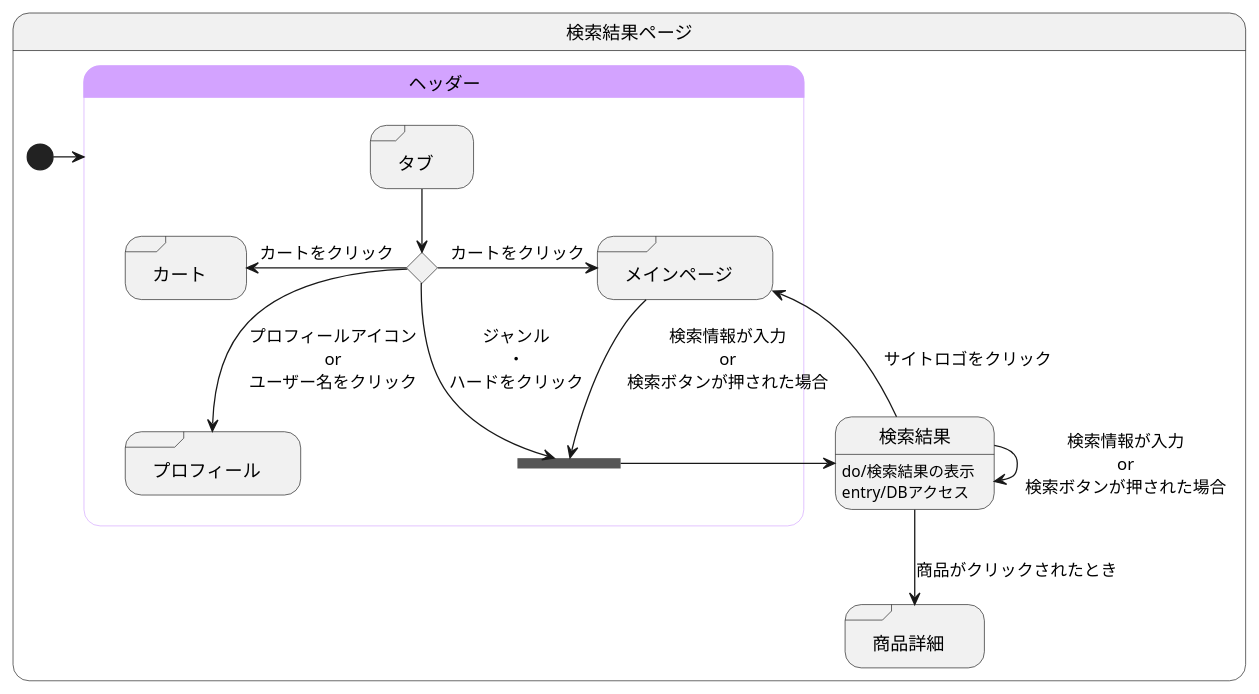
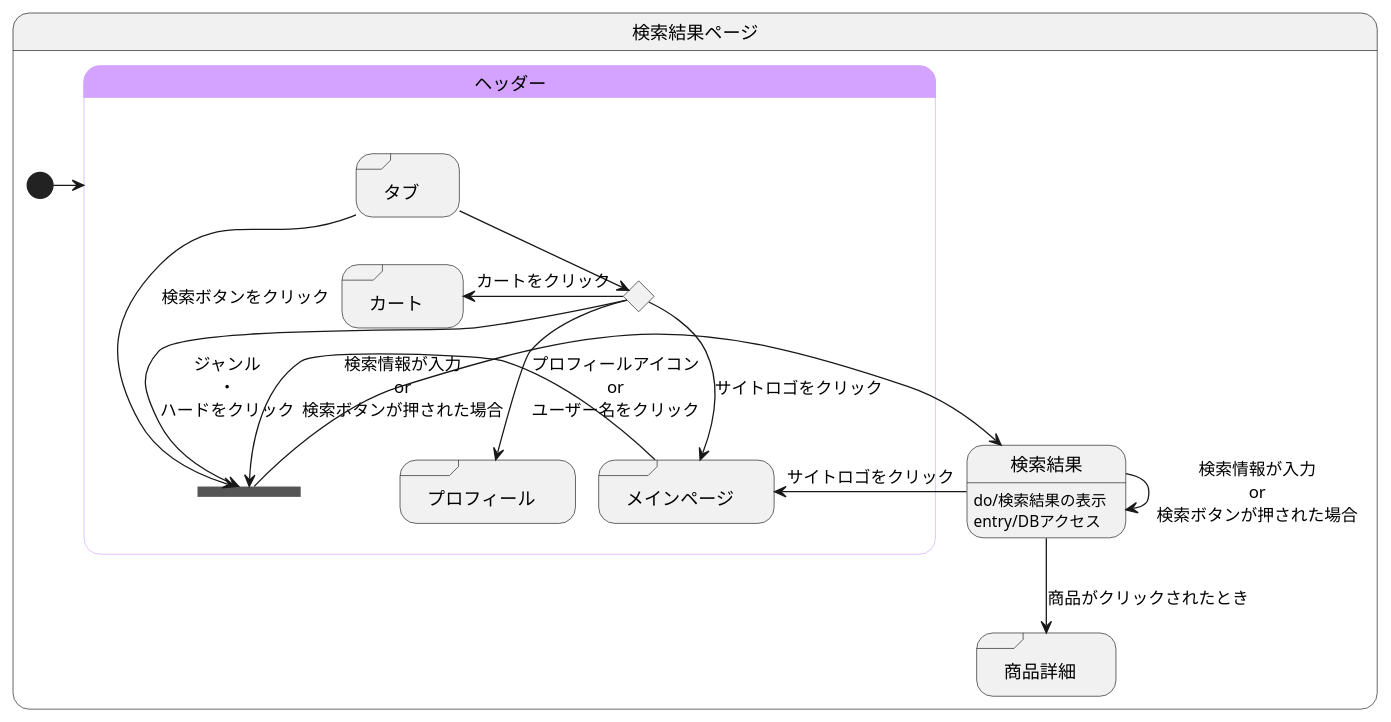
The diagram in 検索結果.md (akutori/T-D-E), drawn with PlantUML before and after one commit.

Commit message:
位置の修正

````diff
--- a/検索結果.md
+++ b/検索結果.md
@@ -1,43 +1,45 @@
 ```uml
 @startuml
 state 検索結果ページ{
 
 
     state 検索結果:do/検索結果の表示
     state 検索結果:entry/DBアクセス
     state "商品詳細" as goodsdetail <<sdlreceive>>
     
 
 
     [*] -> ヘッダー
     
     検索結果 --> goodsdetail :商品がクリックされたとき
     検索結果 --> 検索結果 :検索情報が入力\nor\n検索ボタンが押された場合
     
 
     state ヘッダー<<headder>>{
         state join_header <<join>>
         state ifinput <<choice>>
         state "タブ" as tab <<sdlreceive>>
         state "カート" as cart <<sdlreceive>>
         state "プロフィール" as profile <<sdlreceive>>
         state "メインページ" as mainpage <<sdlreceive>>
 
+        tab -> join_header :検索ボタンをクリック
+
         tab --> ifinput 
         ifinput -left-> cart :カートをクリック
         ifinput --> profile :プロフィールアイコン\nor\nユーザー名をクリック
-        ifinput -> mainpage :カートをクリック
-        ifinput --> join_header :ジャンル\n・\nハードをクリック
+        ifinput --> mainpage :サイトロゴをクリック
+        ifinput -> join_header :ジャンル\n・\nハードをクリック
 
-        mainpage --> join_header :検索情報が入力\nor\n検索ボタンが押された場合
+        mainpage -> join_header :検索情報が入力\nor\n検索ボタンが押された場合
         検索結果 --> mainpage :サイトロゴをクリック
         join_header -> 検索結果
     }
 
     skinparam stateBorderColor<<headder>> #d3a3ff
     state ヘッダー #d3a3ff
 
 }
 
 @enduml
 ```
````
